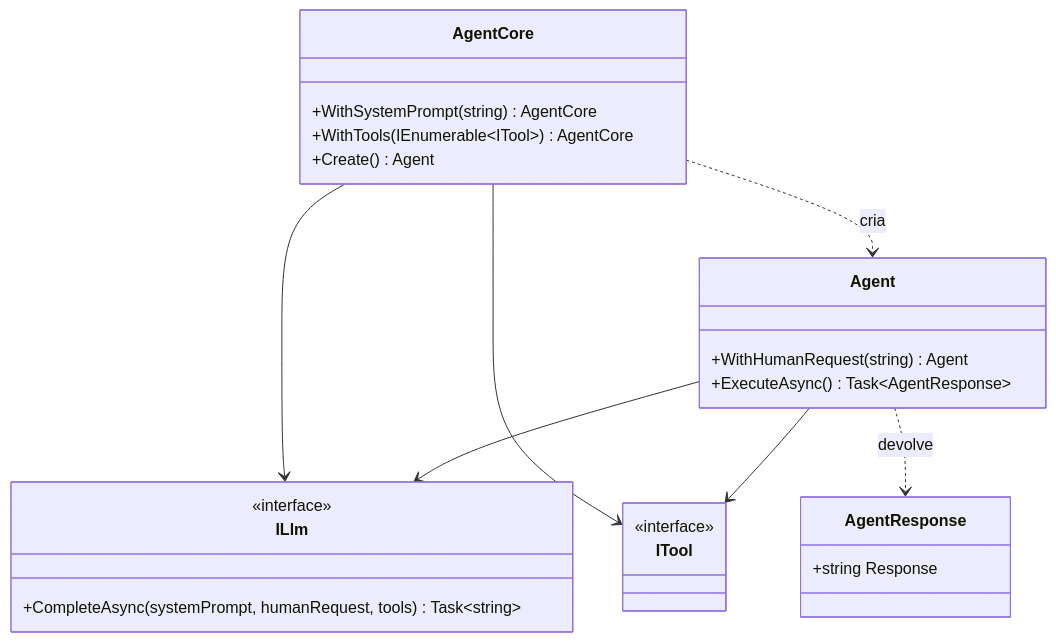
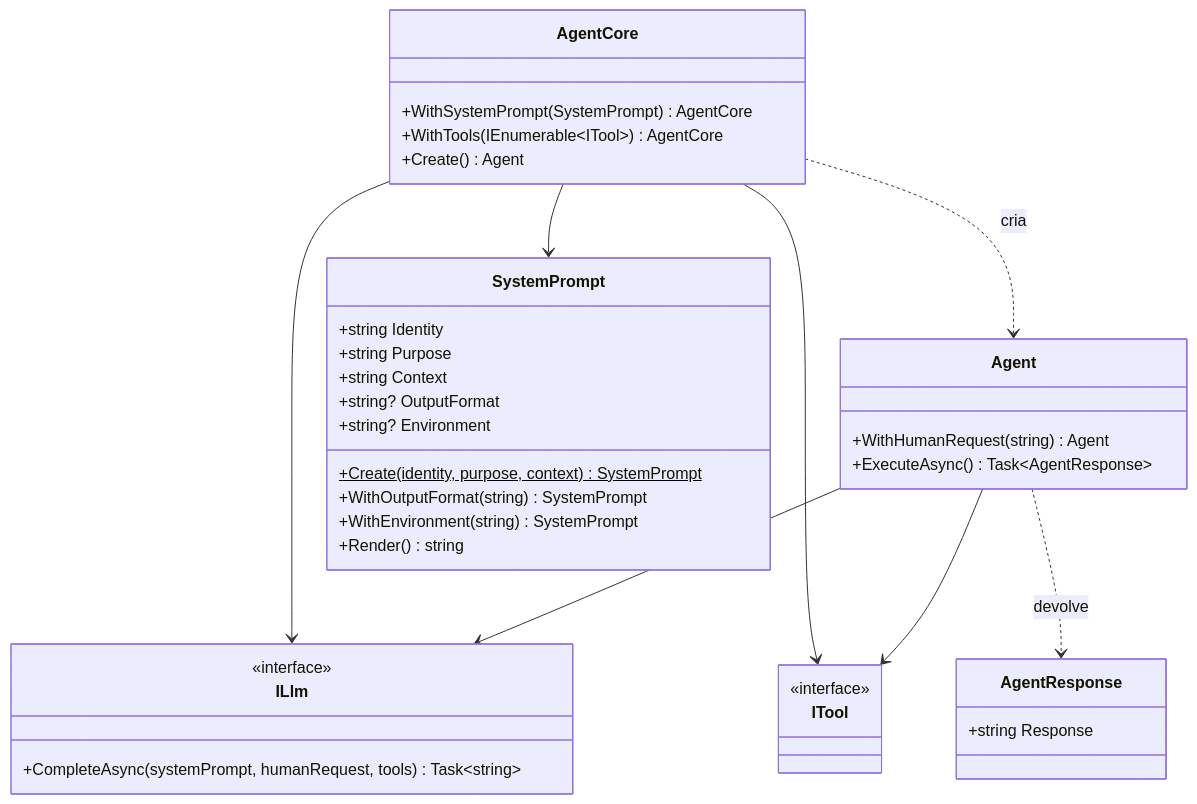
One commit to JeisonSilva/jsn-agent-library changed the diagram in README.md. Above: the diagram before and after it, drawn with Mermaid. The commit also changed other lines of this file and 5 other files, not shown here.

First line of the commit message:
Obriga a criar o agent com o SystemPrompt estruturado

````diff
--- a/README.md
+++ b/README.md
@@ -29,28 +30,40 @@
 ```mermaid
 classDiagram
     class AgentCore {
-        +WithSystemPrompt(string) AgentCore
+        +WithSystemPrompt(SystemPrompt) AgentCore
         +WithTools(IEnumerable~ITool~) AgentCore
         +Create() Agent
     }
     class Agent {
         +WithHumanRequest(string) Agent
         +ExecuteAsync() Task~AgentResponse~
+    }
+    class SystemPrompt {
+        +string Identity
+        +string Purpose
+        +string Context
+        +string? OutputFormat
+        +string? Environment
+        +Create(identity, purpose, context)$ SystemPrompt
+        +WithOutputFormat(string) SystemPrompt
+        +WithEnvironment(string) SystemPrompt
+        +Render() string
     }
     class AgentResponse {
         +string Response
     }
     class ILlm {
         <<interface>>
         +CompleteAsync(systemPrompt, humanRequest, tools) Task~string~
     }
     class ITool {
         <<interface>>
     }
     AgentCore ..> Agent : cria
+    AgentCore --> SystemPrompt
     AgentCore --> ILlm
     AgentCore --> ITool
     Agent --> ILlm
     Agent --> ITool
     Agent ..> AgentResponse : devolve
 ```
````
